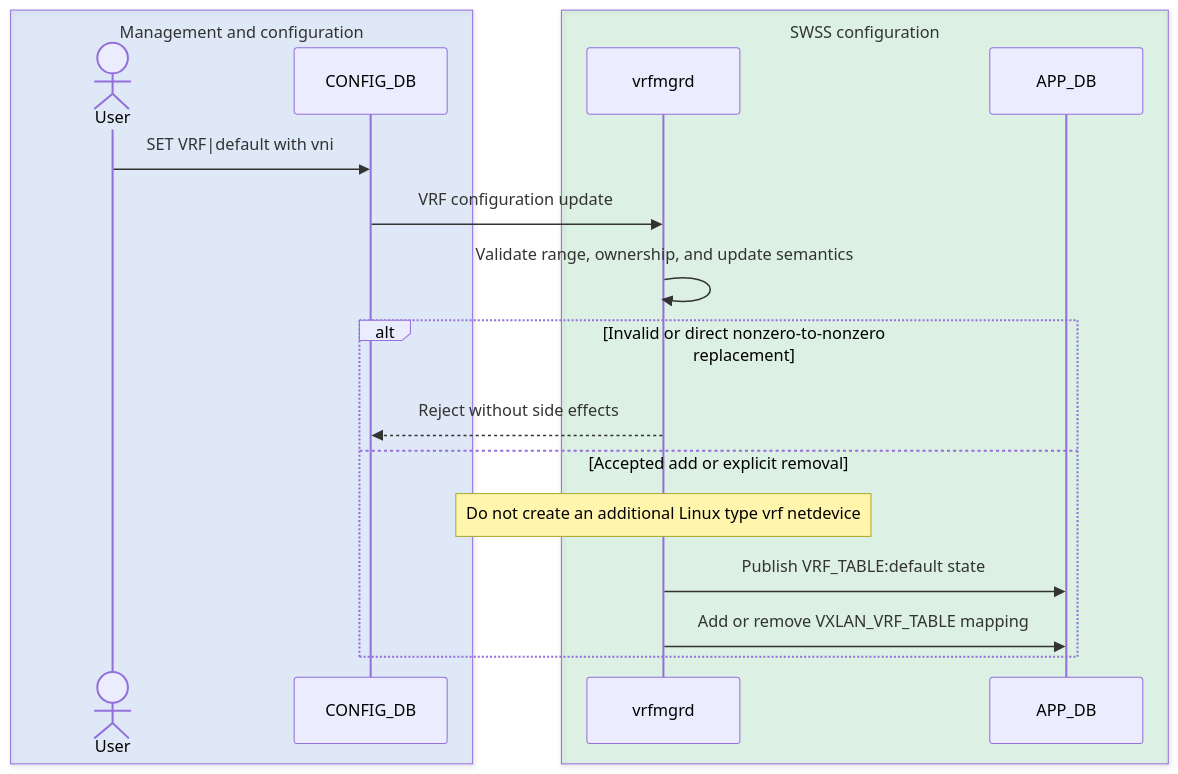
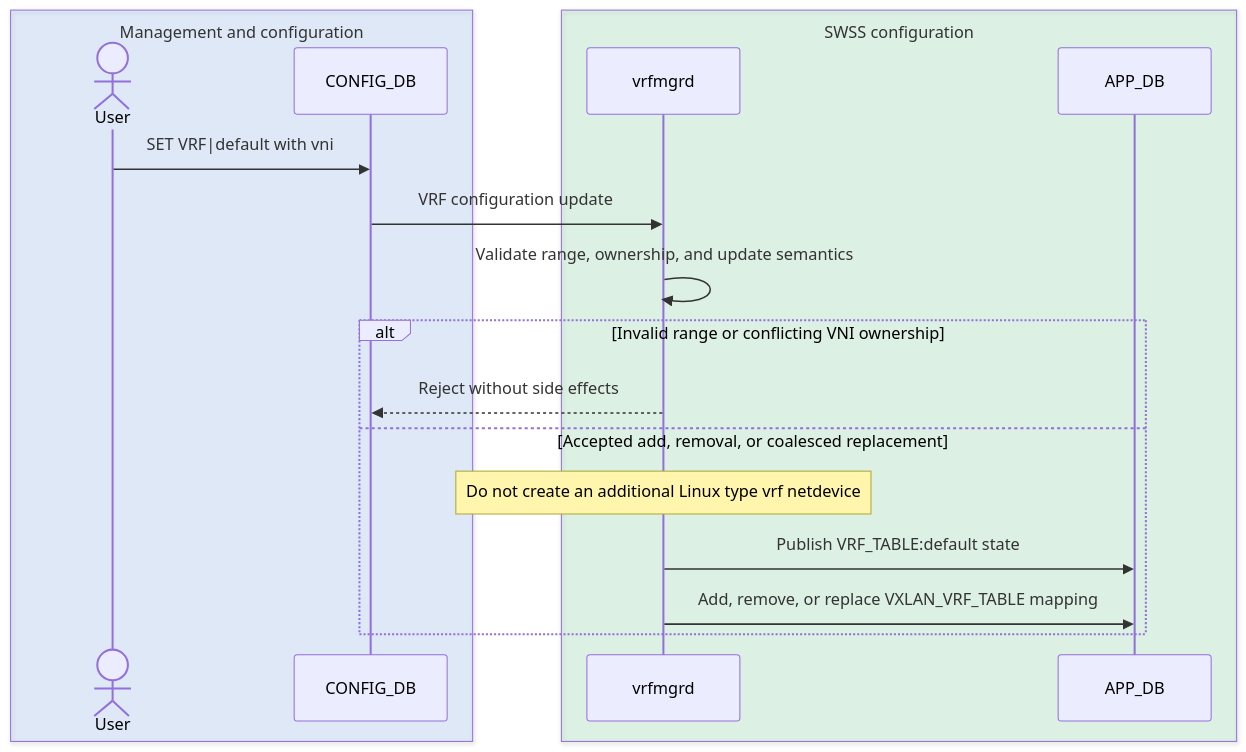
The first of 4 diagrams in doc/vxlan/l3vni_default_vrf_hld.md (sonic-net/SONiC), drawn with Mermaid before and after one commit. The commit also changed other lines of this file, not shown here.

Commit message:
doc: align default VRF L3VNI lifecycle flow

````diff
--- a/doc/vxlan/l3vni_default_vrf_hld.md
+++ b/doc/vxlan/l3vni_default_vrf_hld.md
@@ -103,22 +103,22 @@
 ```mermaid
 sequenceDiagram
     box rgba(59,130,246,0.12) Management and configuration
         actor User
         participant CDB as CONFIG_DB
     end
     box rgba(34,197,94,0.12) SWSS configuration
         participant VM as vrfmgrd
         participant ADB as APP_DB
     end
 
     User->>CDB: SET VRF|default with vni
     CDB->>VM: VRF configuration update
     VM->>VM: Validate range, ownership, and update semantics
-    alt Invalid or direct nonzero-to-nonzero replacement
+    alt Invalid range or conflicting VNI ownership
         VM-->>CDB: Reject without side effects
-    else Accepted add or explicit removal
+    else Accepted add, removal, or coalesced replacement
         Note over VM: Do not create an additional Linux type vrf netdevice
         VM->>ADB: Publish VRF_TABLE:default state
-        VM->>ADB: Add or remove VXLAN_VRF_TABLE mapping
+        VM->>ADB: Add, remove, or replace VXLAN_VRF_TABLE mapping
     end
 ```
````
